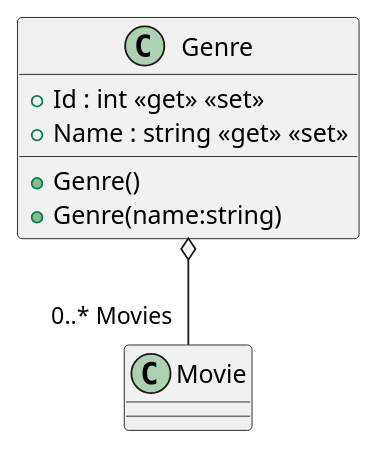
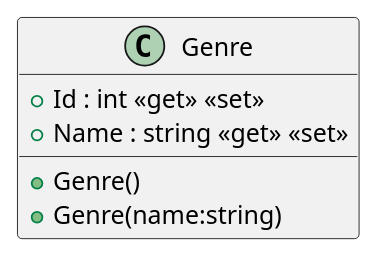
One commit to Ingenieria-del-Software-II-ESIIAB/AppForMovies changed the diagram in src/AppForMovies.API/ClassDiagram/Genre.puml. Above: the diagram before and after it, drawn with PlantUML. The commit also changed 23 other files, not shown here.

First line of the commit message:
Diagrams and warnings (#66)

```diff
--- a/src/AppForMovies.API/ClassDiagram/Genre.puml
+++ b/src/AppForMovies.API/ClassDiagram/Genre.puml
@@ -1,10 +1,10 @@
 @startuml
 class Genre {
     + Genre()
     + Genre(name:string)
     + Id : int <<get>> <<set>>
     + Name : string <<get>> <<set>>
 }
 
-Genre o-- "0..* Movies" "Movie"
+
 @enduml
```
